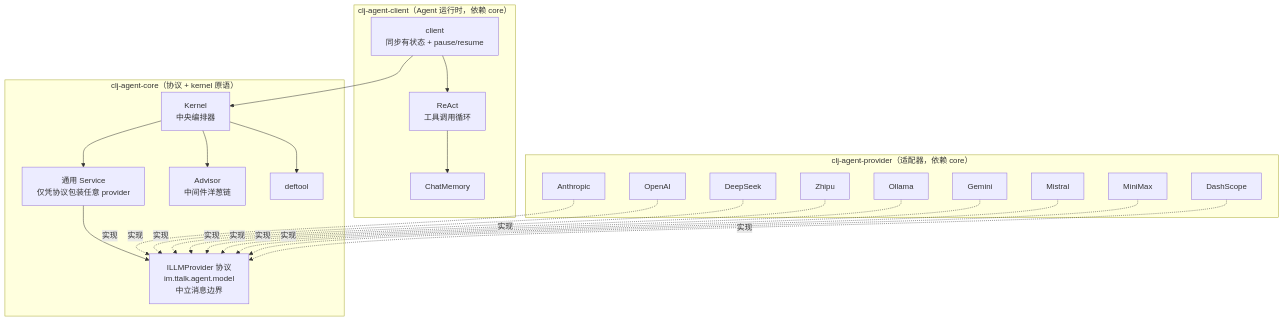
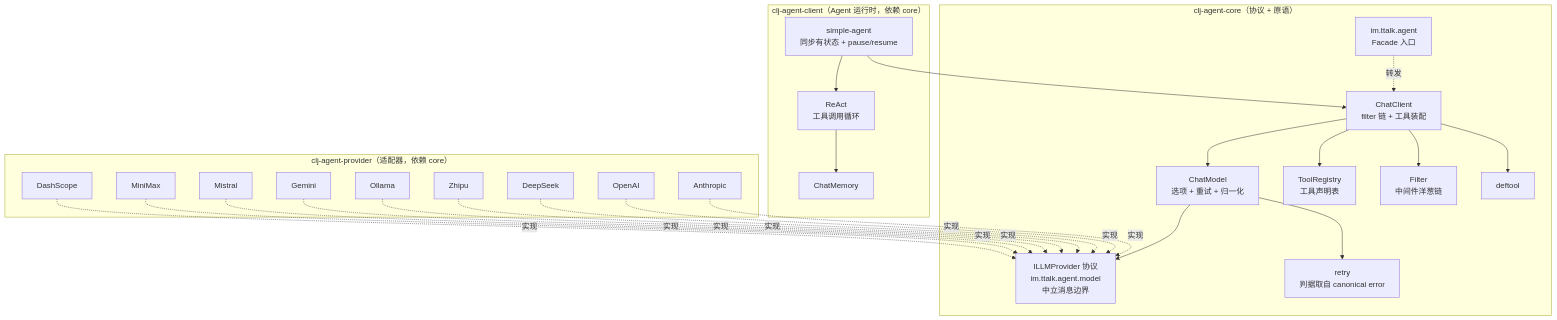
The first of 2 diagrams in README.md (TTalkPro/clj-agent), drawn with Mermaid before and after one commit. The commit also changed other lines of this file and 95 other files, not shown here.

First line of the commit message:
refactor: modularize agent architecture

````diff
--- a/README.md
+++ b/README.md
@@ -52,37 +61,43 @@
 ```mermaid
 graph TB
-    subgraph "clj-agent-core（协议 + kernel 原语）"
+    subgraph "clj-agent-core（协议 + 原语）"
         PROTO[ILLMProvider 协议<br/>im.ttalk.agent.model<br/>中立消息边界]
-        SV[通用 Service<br/>仅凭协议包装任意 provider]
-        K[Kernel<br/>中央编排器]
-        AD[Advisor<br/>中间件洋葱链]
+        CM[ChatModel<br/>选项 + 重试 + 归一化]
+        RT[retry<br/>判据取自 canonical error]
+        K[ChatClient<br/>filter 链 + 工具装配]
+        TR[ToolRegistry<br/>工具声明表]
+        AD[Filter<br/>中间件洋葱链]
         T[deftool]
+        FA[im.ttalk.agent<br/>Facade 入口]
     end
 
     subgraph "clj-agent-client（Agent 运行时，依赖 core）"
-        SA[client<br/>同步有状态 + pause/resume]
+        SA[simple-agent<br/>同步有状态 + pause/resume]
         RE[ReAct<br/>工具调用循环]
         ME[ChatMemory]
     end
 
     subgraph "clj-agent-provider（适配器，依赖 core）"
         AN[Anthropic]
         OA[OpenAI]
         DS[DeepSeek]
         ZP[Zhipu]
         OL[Ollama]
         GM[Gemini]
         MS[Mistral]
         MM[MiniMax]
         BL[DashScope]
     end
 
+    FA -.转发.-> K
     SA --> K
     SA --> RE
     K --> T
     K --> AD
-    K --> SV
+    K --> TR
+    K --> CM
+    CM --> RT
     RE --> ME
-    SV --> PROTO
+    CM --> PROTO
     AN & OA & DS & ZP & OL & GM & MS & MM & BL -. 实现 .-> PROTO
 ```
````
